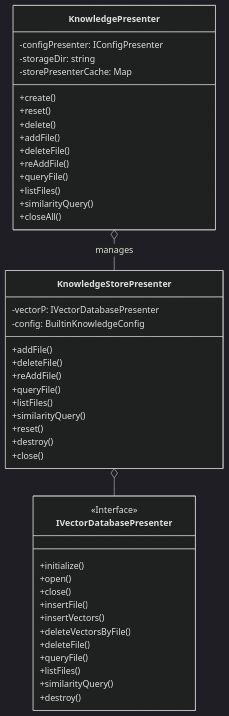
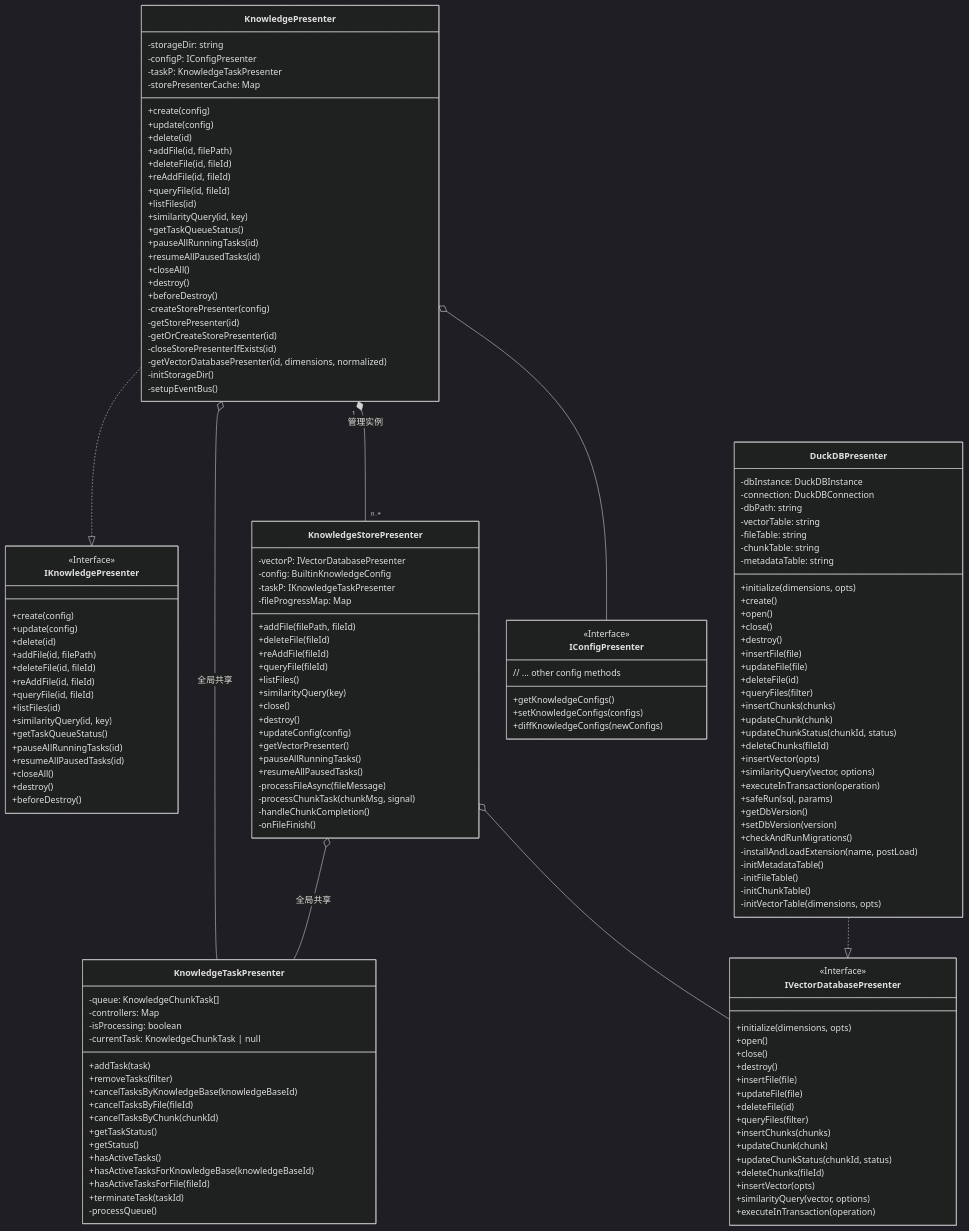
One commit to wangle201210/deepchat changed the first of 4 diagrams in docs/builtin-knowledge-architecture.md. Above: the diagram before and after it, drawn with Mermaid (dark theme). The commit also changed other lines of this file and 4 other files, not shown here.

First line of the commit message:
feat: Refactor Knowledge Presenter and related components

````diff
--- a/docs/builtin-knowledge-architecture.md
+++ b/docs/builtin-knowledge-architecture.md
@@ -14,50 +14,164 @@
 ```mermaid
 classDiagram
+    class IKnowledgePresenter {
+        <<Interface>>
+        +create(config)
+        +update(config)
+        +delete(id)
+        +addFile(id, filePath)
+        +deleteFile(id, fileId)
+        +reAddFile(id, fileId)
+        +queryFile(id, fileId)
+        +listFiles(id)
+        +similarityQuery(id, key)
+        +getTaskQueueStatus()
+        +pauseAllRunningTasks(id)
+        +resumeAllPausedTasks(id)
+        +closeAll()
+        +destroy()
+        +beforeDestroy()
+    }
+
     class KnowledgePresenter {
-        -configPresenter: IConfigPresenter
         -storageDir: string
+        -configP: IConfigPresenter
+        -taskP: KnowledgeTaskPresenter
         -storePresenterCache: Map<string, KnowledgeStorePresenter>
-        +create()
-        +reset()
-        +delete()
-        +addFile()
-        +deleteFile()
-        +reAddFile()
-        +queryFile()
-        +listFiles()
-        +similarityQuery()
+        +create(config)
+        +update(config)
+        +delete(id)
+        +addFile(id, filePath)
+        +deleteFile(id, fileId)
+        +reAddFile(id, fileId)
+        +queryFile(id, fileId)
+        +listFiles(id)
+        +similarityQuery(id, key)
+        +getTaskQueueStatus()
+        +pauseAllRunningTasks(id)
+        +resumeAllPausedTasks(id)
         +closeAll()
+        +destroy()
+        +beforeDestroy()
+        -createStorePresenter(config)
+        -getStorePresenter(id)
+        -getOrCreateStorePresenter(id)
+        -closeStorePresenterIfExists(id)
+        -getVectorDatabasePresenter(id, dimensions, normalized)
+        -initStorageDir()
+        -setupEventBus()
     }
 
     class KnowledgeStorePresenter {
         -vectorP: IVectorDatabasePresenter
         -config: BuiltinKnowledgeConfig
-        +addFile()
-        +deleteFile()
-        +reAddFile()
-        +queryFile()
+        -taskP: IKnowledgeTaskPresenter
+        -fileProgressMap: Map<string, any>
+        +addFile(filePath, fileId)
+        +deleteFile(fileId)
+        +reAddFile(fileId)
+        +queryFile(fileId)
         +listFiles()
-        +similarityQuery()
-        +reset()
+        +similarityQuery(key)
+        +close()
         +destroy()
-        +close()
+        +updateConfig(config)
+        +getVectorPresenter()
+        +pauseAllRunningTasks()
+        +resumeAllPausedTasks()
+        -processFileAsync(fileMessage)
+        -processChunkTask(chunkMsg, signal)
+        -handleChunkCompletion()
+        -onFileFinish()
+    }
+
+    class KnowledgeTaskPresenter {
+        -queue: KnowledgeChunkTask[]
+        -controllers: Map<string, AbortController>
+        -isProcessing: boolean
+        -currentTask: KnowledgeChunkTask | null
+        +addTask(task)
+        +removeTasks(filter)
+        +cancelTasksByKnowledgeBase(knowledgeBaseId)
+        +cancelTasksByFile(fileId)
+        +cancelTasksByChunk(chunkId)
+        +getTaskStatus()
+        +getStatus()
+        +hasActiveTasks()
+        +hasActiveTasksForKnowledgeBase(knowledgeBaseId)
+        +hasActiveTasksForFile(fileId)
+        +terminateTask(taskId)
+        -processQueue()
     }
 
     class IVectorDatabasePresenter {
         <<Interface>>
-        +initialize()
+        +initialize(dimensions, opts)
         +open()
         +close()
-        +insertFile()
-        +insertVectors()
-        +deleteVectorsByFile()
-        +deleteFile()
-        +queryFile()
-        +listFiles()
-        +similarityQuery()
         +destroy()
+        +insertFile(file)
+        +updateFile(file)
+        +deleteFile(id)
+        +queryFiles(filter)
+        +insertChunks(chunks)
+        +updateChunk(chunk)
+        +updateChunkStatus(chunkId, status)
+        +deleteChunks(fileId)
+        +insertVector(opts)
+        +similarityQuery(vector, options)
+        +executeInTransaction(operation)
+    }
+    
+    class DuckDBPresenter {
+        -dbInstance: DuckDBInstance
+        -connection: DuckDBConnection
+        -dbPath: string
+        -vectorTable: string
+        -fileTable: string
+        -chunkTable: string
+        -metadataTable: string
+        +initialize(dimensions, opts)
+        +create()
+        +open()
+        +close()
+        +destroy()
+        +insertFile(file)
+        +updateFile(file)
+        +deleteFile(id)
+        +queryFiles(filter)
+        +insertChunks(chunks)
+        +updateChunk(chunk)
+        +updateChunkStatus(chunkId, status)
+        +deleteChunks(fileId)
+        +insertVector(opts)
+        +similarityQuery(vector, options)
+        +executeInTransaction(operation)
+        +safeRun(sql, params)
+        +getDbVersion()
+        +setDbVersion(version)
+        +checkAndRunMigrations()
+        -installAndLoadExtension(name, postLoad)
+        -initMetadataTable()
+        -initFileTable()
+        -initChunkTable()
+        -initVectorTable(dimensions, opts)
     }
 
-    KnowledgePresenter o-- KnowledgeStorePresenter : manages
+    class IConfigPresenter {
+        <<Interface>>
+        +getKnowledgeConfigs()
+        +setKnowledgeConfigs(configs)
+        +diffKnowledgeConfigs(newConfigs)
+        // ... other config methods
+    }
+
+    KnowledgePresenter ..|> IKnowledgePresenter
+    KnowledgePresenter o-- IConfigPresenter
+    KnowledgePresenter o-- KnowledgeTaskPresenter : 全局共享
+    KnowledgePresenter "1" *-- "0..*" KnowledgeStorePresenter : 管理实例
+
     KnowledgeStorePresenter o-- IVectorDatabasePresenter
+    KnowledgeStorePresenter o-- KnowledgeTaskPresenter : 全局共享
+
+    DuckDBPresenter ..|> IVectorDatabasePresenter
 ```
````
